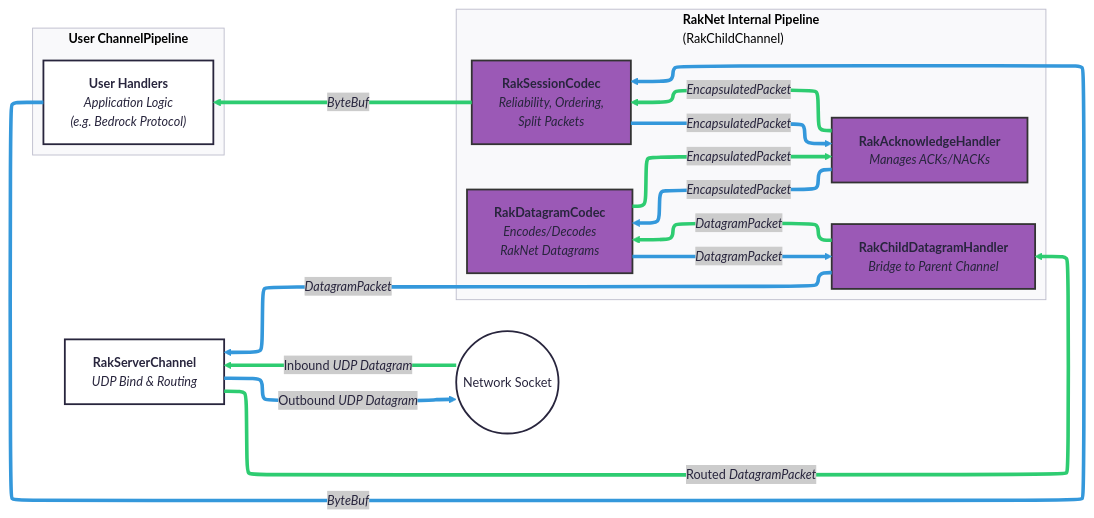
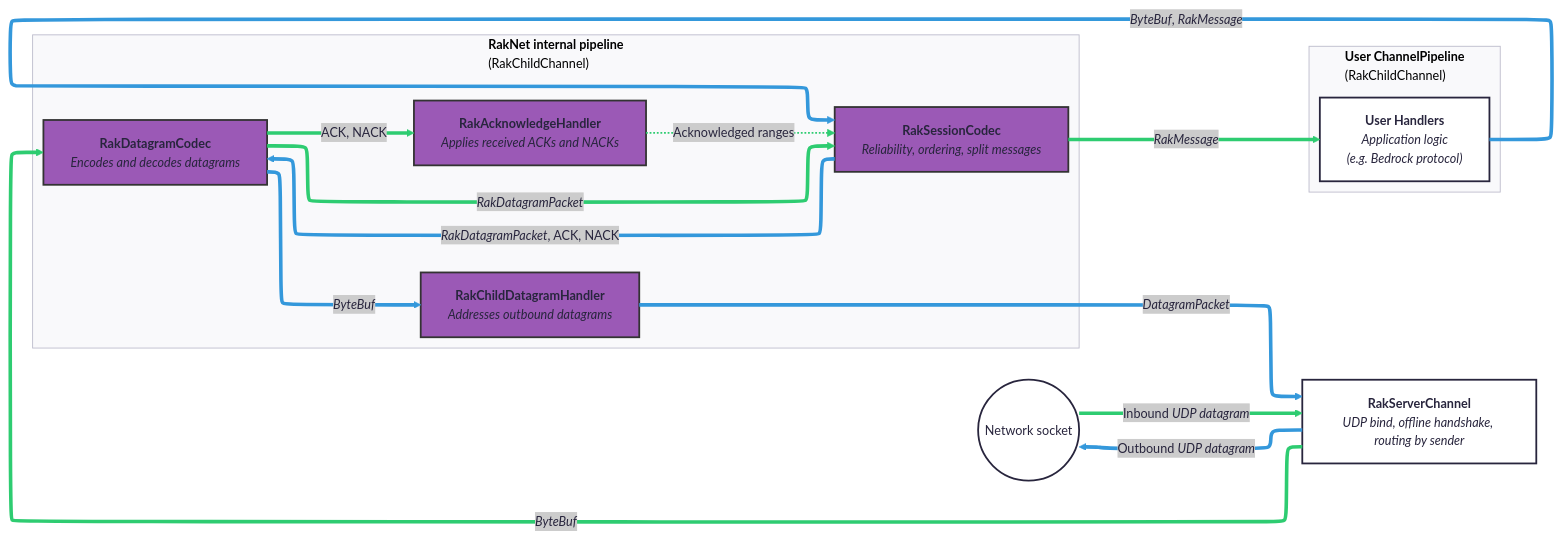
The diagram in .github/readme/raknet_server_light.mmd (EduGeyser/NetworkM), drawn with Mermaid before and after one commit. The commit also changed 7 other files, not shown here.

First line of the commit message:
Redraw the RakNet packet flow diagrams from the current pipelines

```diff
--- a/.github/readme/raknet_server_light.mmd
+++ b/.github/readme/raknet_server_light.mmd
@@ -1,46 +1,45 @@
 ---
 config:
   layout: elk
   theme: redux
 ---
-flowchart RL
- subgraph InternalPipeline["<b>RakNet Internal Pipeline</b><br>(RakChildChannel)"]
-    direction TB
-        ChildDatagramHandler["<b>RakChildDatagramHandler</b><br><i>Bridge to Parent Channel</i>"]
-        DatagramCodec["<b>RakDatagramCodec</b><br><i>Encodes/Decodes<br>RakNet Datagrams</i>"]
-        AckHandler["<b>RakAcknowledgeHandler</b><br><i>Manages ACKs/NACKs</i>"]
-        SessionCodec["<b>RakSessionCodec</b><br><i>Reliability, Ordering,<br>Split Packets</i>"]
-  end
- subgraph UserPipeline["<b>User ChannelPipeline</b>"]
-        UserLogic["<b>User Handlers</b><br><i>Application Logic<br>(e.g. Bedrock Protocol)</i>"]
-  end
-    Network(("Network Socket")) == Inbound <i>UDP Datagram</i> ==> Parent["<b>RakServerChannel</b><br><i>UDP Bind &amp; Routing</i>"]
-    Parent == Routed <i>DatagramPacket</i> ==> ChildDatagramHandler
-    ChildDatagramHandler == <i>DatagramPacket</i> ==> DatagramCodec & Parent
-    DatagramCodec == <i>EncapsulatedPacket</i> ==> AckHandler
-    AckHandler == <i>EncapsulatedPacket</i> ==> SessionCodec & DatagramCodec
-    SessionCodec == <i>ByteBuf</i> ==> UserLogic
-    UserLogic == <i>ByteBuf</i> ==> SessionCodec
-    SessionCodec == <i>EncapsulatedPacket</i> ==> AckHandler
-    DatagramCodec == <i>DatagramPacket</i> ==> ChildDatagramHandler
-    Parent == Outbound <i>UDP Datagram</i> ==> Network
+flowchart LR
+    Network(("Network socket"))
+    Parent["<b>RakServerChannel</b><br><i>UDP bind, offline handshake, routing by sender</i>"]
 
-     ChildDatagramHandler:::shared
-     DatagramCodec:::shared
-     AckHandler:::shared
-     SessionCodec:::shared
+ subgraph InternalPipeline["<b>RakNet internal pipeline</b><br>(RakChildChannel)"]
+    ChildDatagramHandler["<b>RakChildDatagramHandler</b><br><i>Addresses outbound datagrams</i>"]
+    DatagramCodec["<b>RakDatagramCodec</b><br><i>Encodes and decodes datagrams</i>"]
+    AckHandler["<b>RakAcknowledgeHandler</b><br><i>Applies received ACKs and NACKs</i>"]
+    SessionCodec["<b>RakSessionCodec</b><br><i>Reliability, ordering, split messages</i>"]
+ end
+ subgraph UserPipeline["<b>User ChannelPipeline</b><br>(RakChildChannel)"]
+    UserLogic["<b>User Handlers</b><br><i>Application logic<br>(e.g. Bedrock protocol)</i>"]
+ end
+
+    %% Inbound
+    Network == Inbound <i>UDP datagram</i> ==> Parent
+    Parent == <i>ByteBuf</i> ==> DatagramCodec
+    DatagramCodec == ACK, NACK ==> AckHandler
+    DatagramCodec == <i>RakDatagramPacket</i> ==> SessionCodec
+    SessionCodec == <i>RakMessage</i> ==> UserLogic
+    AckHandler -. Acknowledged ranges .-> SessionCodec
+
+    %% Outbound
+    UserLogic == <i>ByteBuf</i>, <i>RakMessage</i> ==> SessionCodec
+    SessionCodec == <i>RakDatagramPacket</i>, ACK, NACK ==> DatagramCodec
+    DatagramCodec == <i>ByteBuf</i> ==> ChildDatagramHandler
+    ChildDatagramHandler == <i>DatagramPacket</i> ==> Parent
+    Parent == Outbound <i>UDP datagram</i> ==> Network
+
+    %% Styling
+    ChildDatagramHandler:::shared
+    DatagramCodec:::shared
+    AckHandler:::shared
+    SessionCodec:::shared
+
     classDef shared fill:#9b59b6,stroke:#333,stroke-width:2px
-    classDef incoming fill:#2ecc71,stroke:#333,stroke-width:2px
-    classDef outgoing fill:#3498db,stroke:#333,stroke-width:2px
-    linkStyle 0 stroke:#2ecc71,stroke-width:4px,color:#2ecc71,fill:none
-    linkStyle 1 stroke:#2ecc71,stroke-width:4px,color:#2ecc71,fill:none
-    linkStyle 2 stroke:#2ecc71,stroke-width:4px,color:#2ecc71,fill:none
-    linkStyle 3 stroke:#3498db,stroke-width:4px,color:#3498db,fill:none
-    linkStyle 4 stroke:#2ecc71,stroke-width:4px,color:#2ecc71,fill:none
-    linkStyle 5 stroke:#2ecc71,stroke-width:4px,color:#2ecc71,fill:none
-    linkStyle 6 stroke:#3498db,stroke-width:4px,color:#3498db,fill:none
-    linkStyle 7 stroke:#2ecc71,stroke-width:4px,color:#2ecc71,fill:none
-    linkStyle 8 stroke:#3498db,stroke-width:4px,color:#3498db,fill:none
-    linkStyle 9 stroke:#3498db,stroke-width:4px,color:#3498db,fill:none
-    linkStyle 10 stroke:#3498db,stroke-width:4px,color:#3498db,fill:none
-    linkStyle 11 stroke:#3498db,stroke-width:4px,color:#3498db,fill:none
+
+    linkStyle 0,1,2,3,4 stroke:#2ecc71,stroke-width:4px,color:#2ecc71
+    linkStyle 5 stroke:#2ecc71,stroke-width:2px,color:#2ecc71
+    linkStyle 6,7,8,9,10 stroke:#3498db,stroke-width:4px,color:#3498db
```
